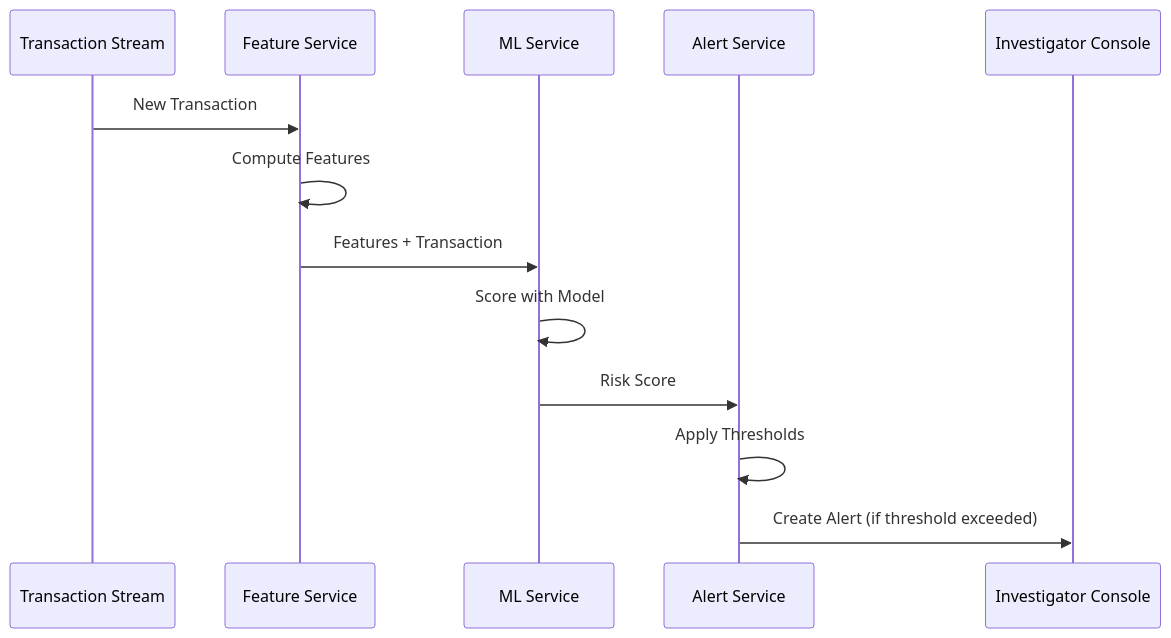
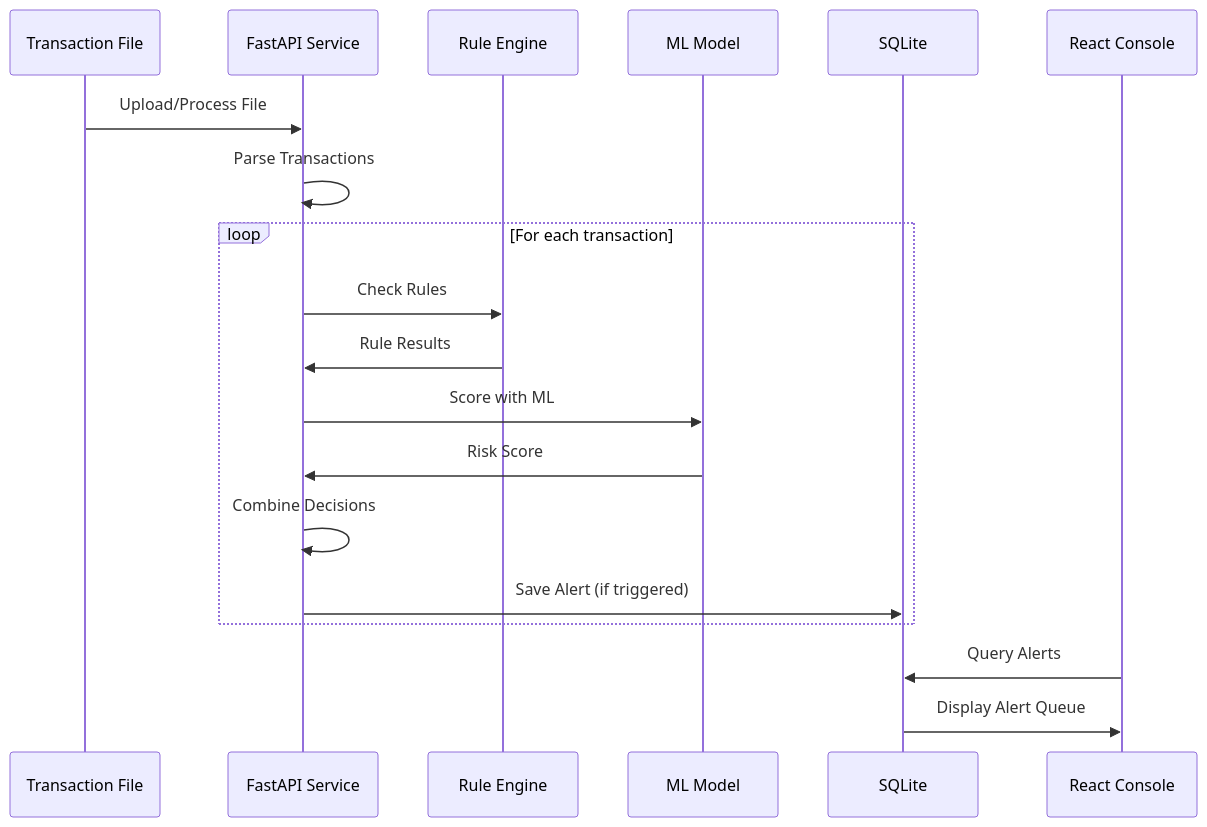
One commit to rayamoh/slalom-vibecoding changed the third of 4 diagrams in memory-bank/systemPatterns.md. Above: the diagram before and after it, drawn with Mermaid. The commit also changed other lines of this file and 6 other files, not shown here.

````diff
--- a/memory-bank/systemPatterns.md
+++ b/memory-bank/systemPatterns.md
@@ -57,16 +79,22 @@
 ```mermaid
 sequenceDiagram
-    participant T as Transaction Stream
-    participant F as Feature Service
-    participant M as ML Service
-    participant A as Alert Service
-    participant I as Investigator Console
+    participant F as Transaction File
+    participant API as FastAPI Service
+    participant R as Rule Engine
+    participant M as ML Model
+    participant DB as SQLite
+    participant UI as React Console
     
-    T->>F: New Transaction
-    F->>F: Compute Features
-    F->>M: Features + Transaction
-    M->>M: Score with Model
-    M->>A: Risk Score
-    A->>A: Apply Thresholds
-    A->>I: Create Alert (if threshold exceeded)
+    F->>API: Upload/Process File
+    API->>API: Parse Transactions
+    loop For each transaction
+        API->>R: Check Rules
+        R->>API: Rule Results
+        API->>M: Score with ML
+        M->>API: Risk Score
+        API->>API: Combine Decisions
+        API->>DB: Save Alert (if triggered)
+    end
+    UI->>DB: Query Alerts
+    DB->>UI: Display Alert Queue
 ```
````
